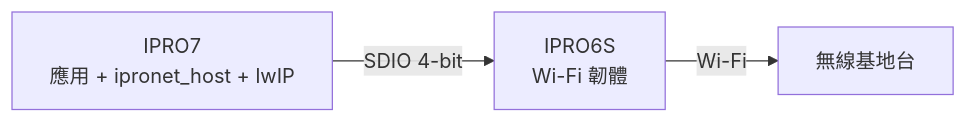
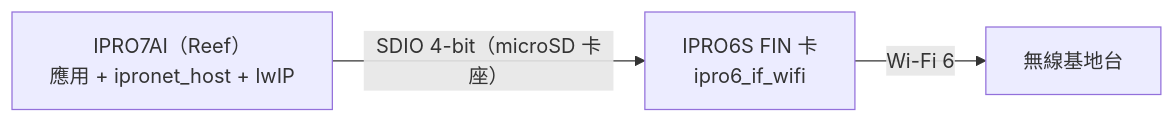
Before and after one commit to INTELPRO-INC/ipro-sdk-docs: the diagram in docs/zh/hardware/chips/ipro6s.md, drawn with Mermaid. The commit also changed other lines of this file and 182 other files, not shown here.

First line of the commit message:
feat: the site for SDK V2.2.0 - hands-on, on the IPRO7AI Reef EVK V4.0

````diff
--- a/docs/zh/hardware/chips/ipro6s.md
+++ b/docs/zh/hardware/chips/ipro6s.md
@@ -61,5 +115,5 @@
 ```mermaid
 flowchart LR
-    A["IPRO7<br/>應用 + ipronet_host + lwIP"] -- "SDIO 4-bit" --> B["IPRO6S<br/>Wi-Fi 韌體"]
-    B -- "Wi-Fi" --> C["無線基地台"]
+    A["IPRO7AI（Reef）<br/>應用 + ipronet_host + lwIP"] -- "SDIO 4-bit（microSD 卡座）" --> B["IPRO6S FIN 卡<br/>ipro6_if_wifi"]
+    B -- "Wi-Fi 6" --> C["無線基地台"]
 ```
````
